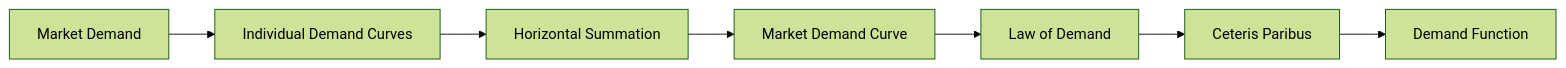
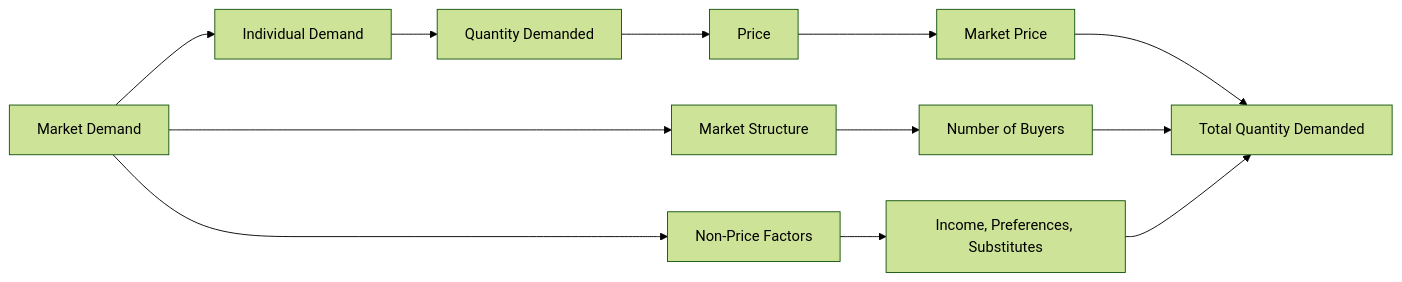
The diagram in Obsidian_Vault/2-Academic/Winter 2026/Economics/2_Theory_Of_Demand_And_Supply/Market_Demand.md (DagimAlemayehuu/Ater), drawn with Mermaid (forest theme) before and after one commit. The commit also changed other lines of this file and 52 other files, not shown here.

````diff
--- a/Obsidian_Vault/2-Academic/Winter 2026/Economics/2_Theory_Of_Demand_And_Supply/Market_Demand.md
+++ b/Obsidian_Vault/2-Academic/Winter 2026/Economics/2_Theory_Of_Demand_And_Supply/Market_Demand.md
@@ -34,11 +34,16 @@
 ```mermaid
 
 graph LR
-    A[Market Demand] --> B[Individual Demand Curves]
-    B --> C[Horizontal Summation]
-    C --> D[Market Demand Curve]
-    D --> E[Law of Demand]
-    E --> F[Ceteris Paribus]
-    F --> G[Demand Function]
+    A[Market Demand] --> B[Individual Demand]
+    B --> C[Quantity Demanded]
+    C --> D[Price]
+    D --> E[Market Price]
+    E --> F[Total Quantity Demanded]
+    A --> G[Market Structure]
+    G --> H[Number of Buyers]
+    H --> F
+    A --> I[Non-Price Factors]
+    I --> J[Income, Preferences, Substitutes]
+    J --> F
 
 ```
````
